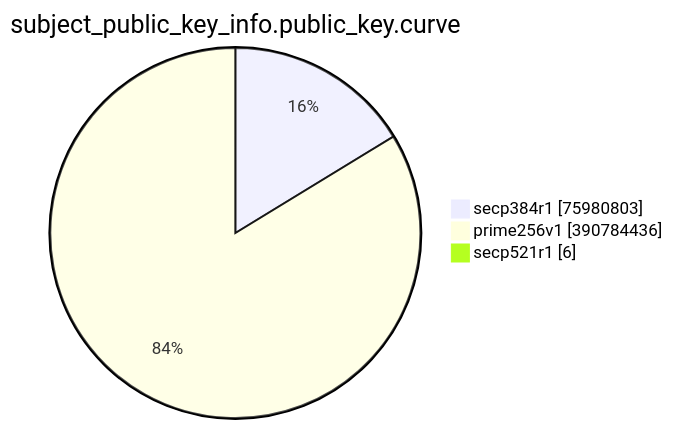
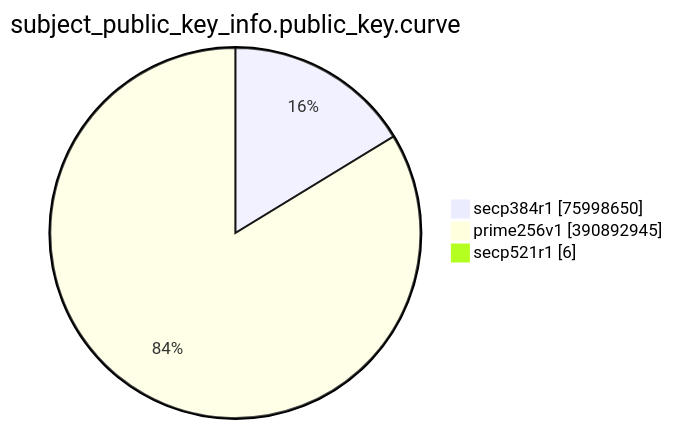
The eighth of 15 diagrams in TOTAL/README.md (christiankrug/ctmonitor_visualization), drawn with Mermaid before and after one commit. The commit also changed other lines of this file, not shown here.

````diff
--- a/TOTAL/README.md
+++ b/TOTAL/README.md
@@ -3094,7 +3094,7 @@
 ```mermaid
 pie showData
 title subject_public_key_info.public_key.curve
-"secp384r1" :75980803
-"prime256v1" :390784436
+"secp384r1" :75998650
+"prime256v1" :390892945
 "secp521r1" :6
 ```
````
